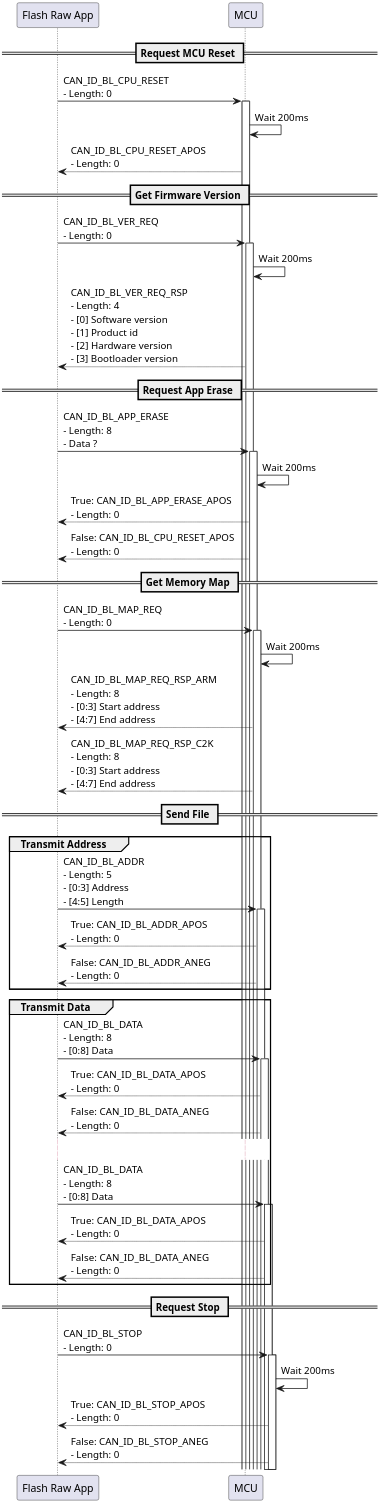
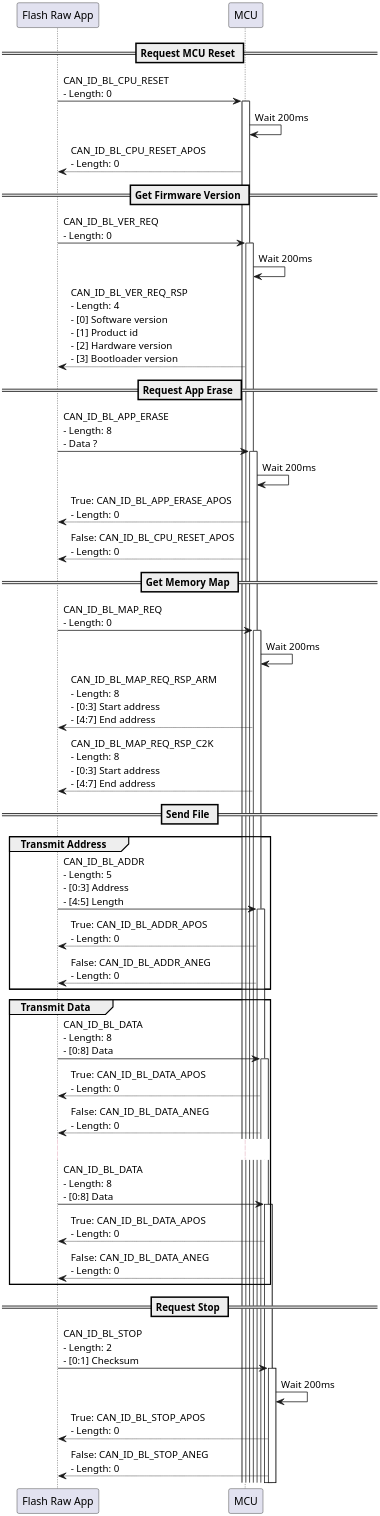
Before and after one commit to pnt325/TMS570LC4357-CAN-Bootloader: the diagram in docs/UML/src/bootloader_workflow.wsd, drawn with PlantUML. The commit also changed 1 other file, not shown here.

```diff
--- a/docs/UML/src/bootloader_workflow.wsd
+++ b/docs/UML/src/bootloader_workflow.wsd
@@ -1,53 +1,53 @@
 @startuml
 
 participant APP as "Flash Raw App"
 participant MCU as "MCU"
 
 skinparam dpi 300
 
 == Request MCU Reset ==
 APP->MCU ++: CAN_ID_BL_CPU_RESET \n- Length: 0
 MCU -> MCU : Wait 200ms
 MCU-->APP : CAN_ID_BL_CPU_RESET_APOS \n- Length: 0
 
 == Get Firmware Version ==
 APP->MCU ++: CAN_ID_BL_VER_REQ \n- Length: 0
 MCU -> MCU : Wait 200ms
 MCU-->APP : CAN_ID_BL_VER_REQ_RSP \n- Length: 4 \n- [0] Software version \n- [1] Product id \n- [2] Hardware version \n- [3] Bootloader version
 
 == Request App Erase ==
 APP->MCU ++: CAN_ID_BL_APP_ERASE  \n- Length: 8 \n- Data ?
 MCU -> MCU : Wait 200ms
 MCU-->APP : True: CAN_ID_BL_APP_ERASE_APOS \n- Length: 0
 MCU-->APP : False: CAN_ID_BL_CPU_RESET_APOS \n- Length: 0
 
 == Get Memory Map ==
 APP->MCU ++: CAN_ID_BL_MAP_REQ  \n- Length: 0
 MCU -> MCU : Wait 200ms
 MCU-->APP : CAN_ID_BL_MAP_REQ_RSP_ARM \n- Length: 8 \n- [0:3] Start address \n- [4:7] End address
 MCU-->APP : CAN_ID_BL_MAP_REQ_RSP_C2K \n- Length: 8 \n- [0:3] Start address \n- [4:7] End address
 
 == Send File ==
 group Transmit Address
 APP->MCU++: CAN_ID_BL_ADDR \n- Length: 5 \n- [0:3] Address \n- [4:5] Length
 MCU-->APP : True: CAN_ID_BL_ADDR_APOS \n- Length: 0
 MCU-->APP : False: CAN_ID_BL_ADDR_ANEG \n- Length: 0
 end
 
 group Transmit Data
 APP->MCU++: CAN_ID_BL_DATA \n- Length: 8 \n- [0:8] Data
 MCU-->APP : True: CAN_ID_BL_DATA_APOS \n- Length: 0
 MCU-->APP : False: CAN_ID_BL_DATA_ANEG \n- Length: 0
 ...
 APP->MCU++: CAN_ID_BL_DATA \n- Length: 8 \n- [0:8] Data
 MCU-->APP : True: CAN_ID_BL_DATA_APOS \n- Length: 0
 MCU-->APP : False: CAN_ID_BL_DATA_ANEG \n- Length: 0
 end
 
 == Request Stop ==
-APP->MCU ++: CAN_ID_BL_STOP  \n- Length: 0
+APP->MCU ++: CAN_ID_BL_STOP  \n- Length: 2 \n- [0:1] Checksum
 MCU -> MCU : Wait 200ms
 MCU-->APP : True: CAN_ID_BL_STOP_APOS \n- Length: 0
 MCU-->APP : False: CAN_ID_BL_STOP_ANEG \n- Length: 0
 
 @enduml
```
